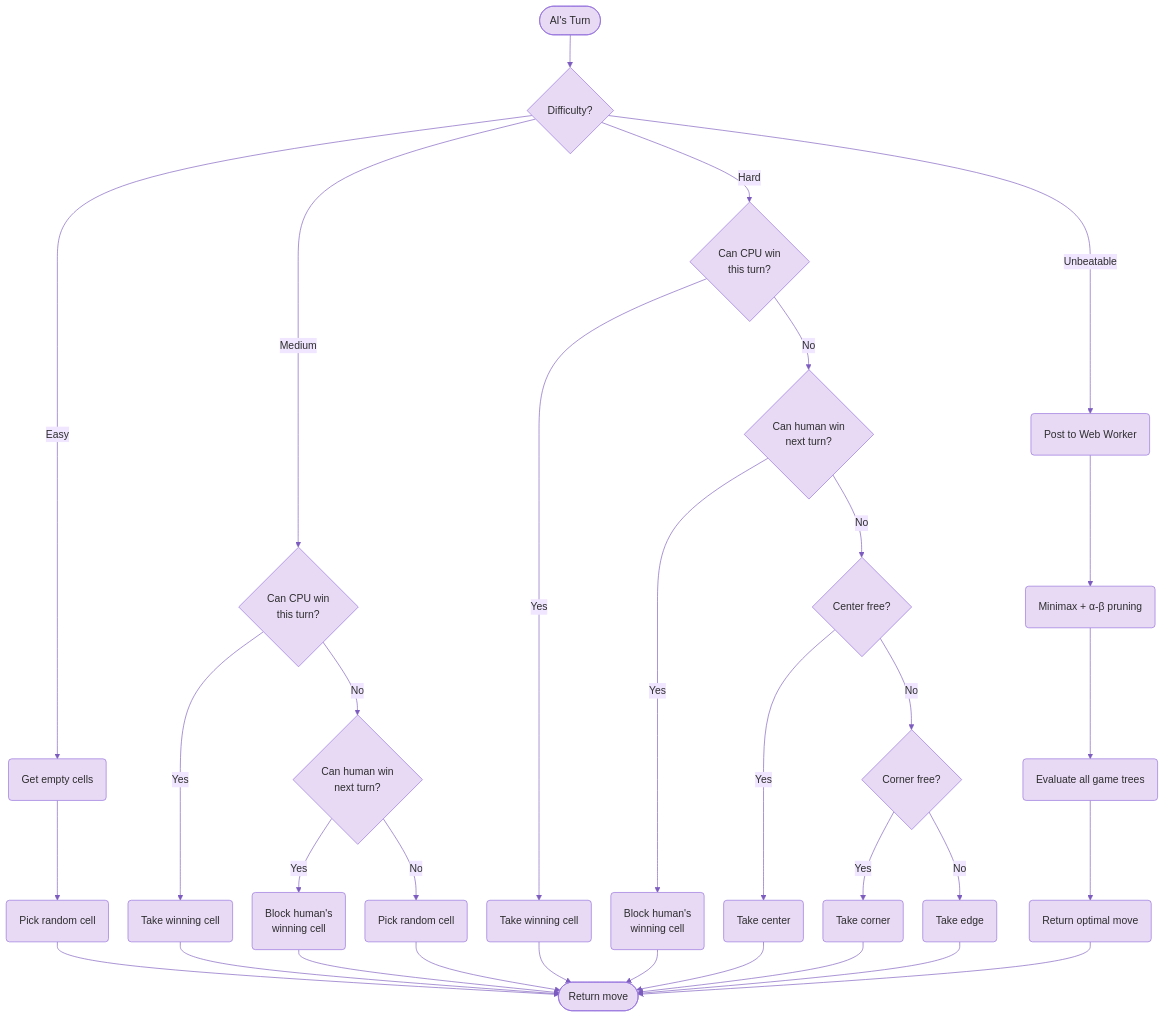
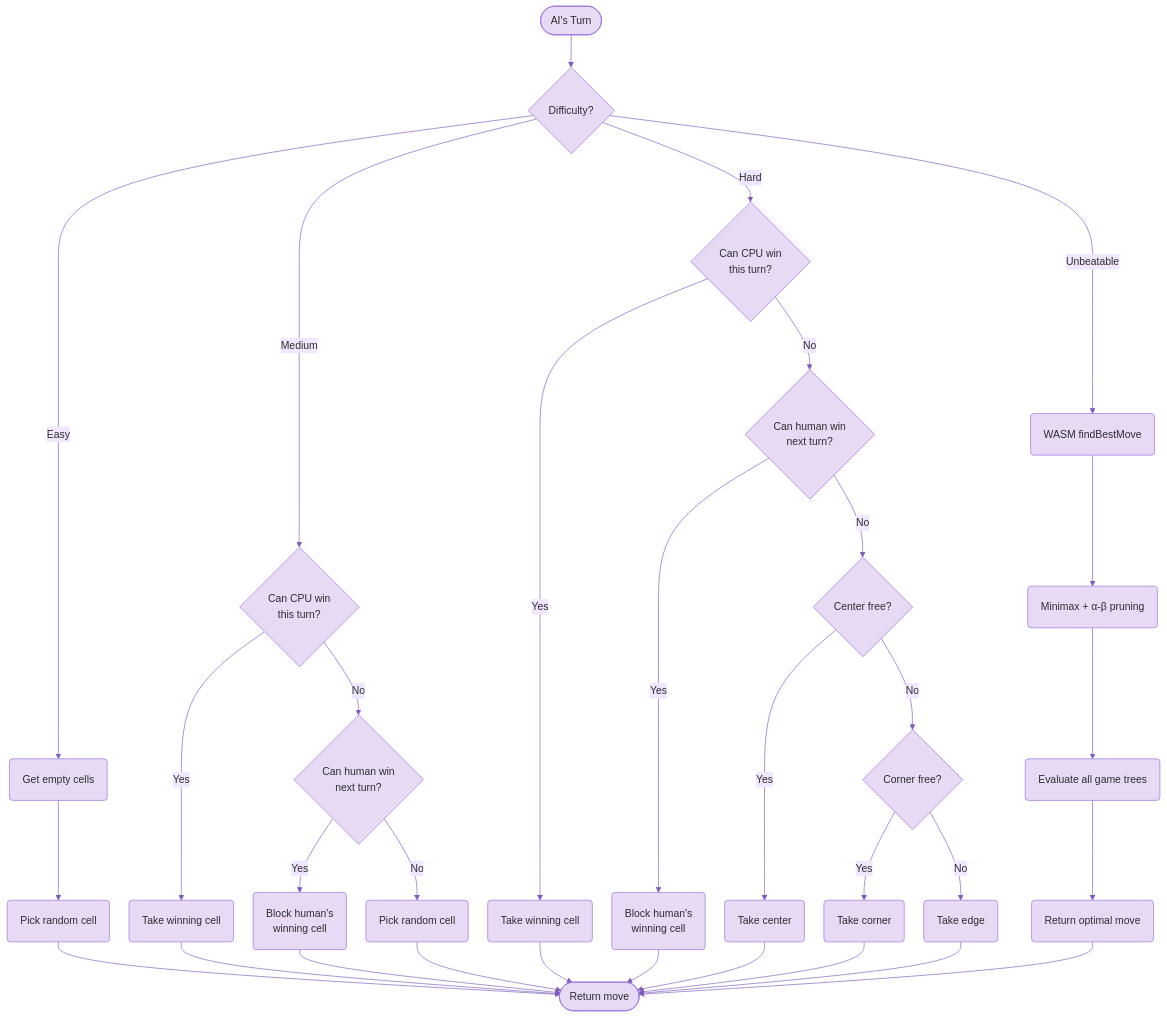
The eighth of 9 diagrams in README.md (scottdreinhart/tictactoe), drawn with Mermaid before and after one commit. The commit also changed other lines of this file and 17 other files, not shown here.

Commit message:
feat: WASM AI engine for all difficulties, eliminate Web Worker, always-force Vite rebuild

````diff
--- a/README.md
+++ b/README.md
@@ -942,39 +944,39 @@
 ```mermaid
 %%{init: {'theme': 'base', 'themeVariables': {'primaryColor': '#e8daf5', 'primaryTextColor': '#2d2d2d', 'primaryBorderColor': '#9370DB', 'lineColor': '#7c5cbf', 'secondaryColor': '#f0e6ff', 'tertiaryColor': '#f8f2ff', 'fontFamily': 'system-ui'}, 'flowchart': {'nodeSpacing': 30, 'rankSpacing': 50, 'padding': 20, 'htmlLabels': true}}}%%
 flowchart TD
     start([AI's Turn]) --> diff{Difficulty?}
 
     diff -->|Easy| e1("Get empty cells")
     e1 --> e2("Pick random cell")
     e2 --> done([Return move])
 
     diff -->|Medium| m1{Can CPU win<br/>this turn?}
     m1 -->|Yes| mw("Take winning cell")
     mw --> done
     m1 -->|No| m2{Can human win<br/>next turn?}
     m2 -->|Yes| mb("Block human's<br/>winning cell")
     mb --> done
     m2 -->|No| m3("Pick random cell")
     m3 --> done
 
     diff -->|Hard| h1{Can CPU win<br/>this turn?}
     h1 -->|Yes| hw("Take winning cell")
     hw --> done
     h1 -->|No| h2{Can human win<br/>next turn?}
     h2 -->|Yes| hb("Block human's<br/>winning cell")
     hb --> done
     h2 -->|No| h3{Center free?}
     h3 -->|Yes| hc("Take center")
     hc --> done
     h3 -->|No| h4{Corner free?}
     h4 -->|Yes| hcr("Take corner")
     hcr --> done
     h4 -->|No| he("Take edge")
     he --> done
 
-    diff -->|Unbeatable| u1("Post to Web Worker")
+    diff -->|Unbeatable| u1("WASM findBestMove")
     u1 --> u2("Minimax + α-β pruning")
     u2 --> u3("Evaluate all game trees")
     u3 --> u4("Return optimal move")
     u4 --> done
 ```
````
